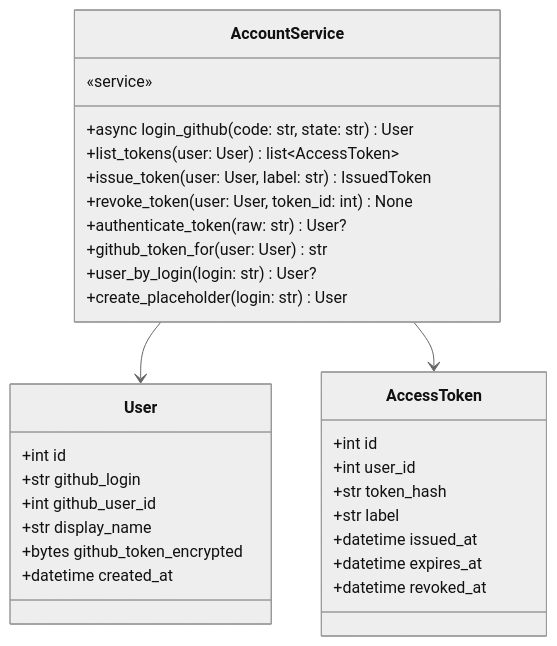
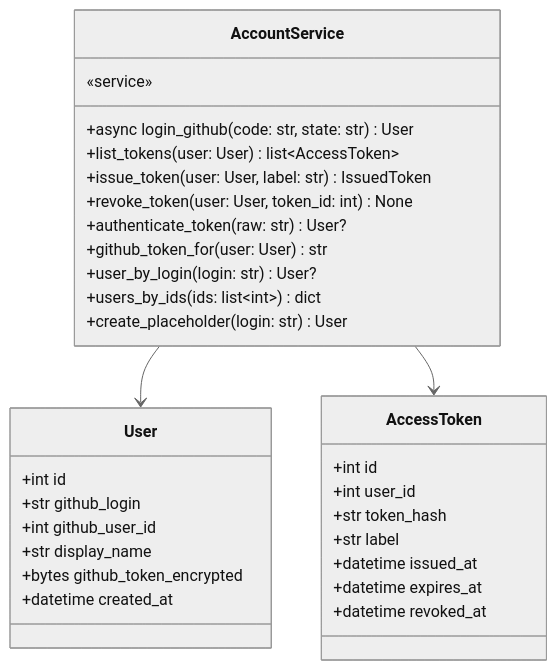
One commit to HoyoungParkme/syncdoc changed diagram 20 of 20 in docs/specs/DOM/SYNC-DOM-002.md. Above: the diagram before and after it, drawn with Mermaid (neutral theme). The commit also changed other lines of this file, not shown here.

First line of the commit message:
spec(SYNC-DOM-002): 1장 core/markdown.py, Version.via, 2.8 AuthorRef·Document DTO, save·last_author·issue_doc_id 시그니처, users_by_ids

````diff
--- a/docs/specs/DOM/SYNC-DOM-002.md
+++ b/docs/specs/DOM/SYNC-DOM-002.md
@@ -806,33 +812,34 @@
 ```mermaid
 classDiagram
     class AccountService {
         «service»
         +async login_github(code: str, state: str) User
         +list_tokens(user: User) list~AccessToken~
         +issue_token(user: User, label: str) IssuedToken
         +revoke_token(user: User, token_id: int) None
         +authenticate_token(raw: str) User?
         +github_token_for(user: User) str
         +user_by_login(login: str) User?
+        +users_by_ids(ids: list~int~) dict
         +create_placeholder(login: str) User
     }
     class User {
         +int id
         +str github_login
         +int github_user_id
         +str display_name
         +bytes github_token_encrypted
         +datetime created_at
     }
     class AccessToken {
         +int id
         +int user_id
         +str token_hash
         +str label
         +datetime issued_at
         +datetime expires_at
         +datetime revoked_at
     }
     AccountService --> User
     AccountService --> AccessToken
 ```
````
